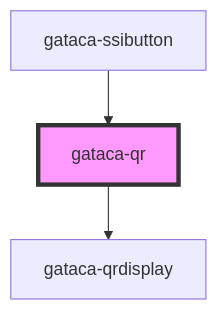
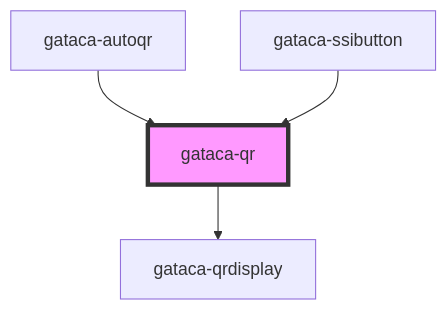
The diagram in src/components/gataca-qr/readme.md (gataca-io/gataca-QR), drawn with Mermaid before and after one commit. The commit also changed other lines of this file and 18 other files, not shown here.

````diff
--- a/src/components/gataca-qr/readme.md
+++ b/src/components/gataca-qr/readme.md
@@ -330,6 +331,7 @@
 ```mermaid
 graph TD;
   gataca-qr --> gataca-qrdisplay
+  gataca-autoqr --> gataca-qr
   gataca-ssibutton --> gataca-qr
   style gataca-qr fill:#f9f,stroke:#333,stroke-width:4px
 ```
````
